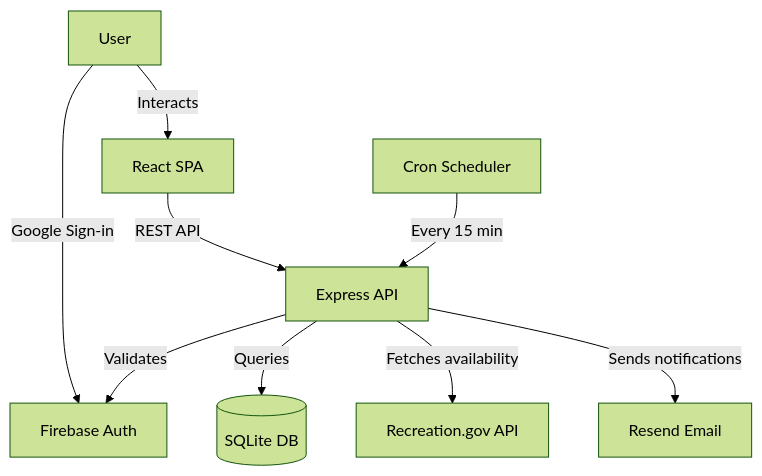
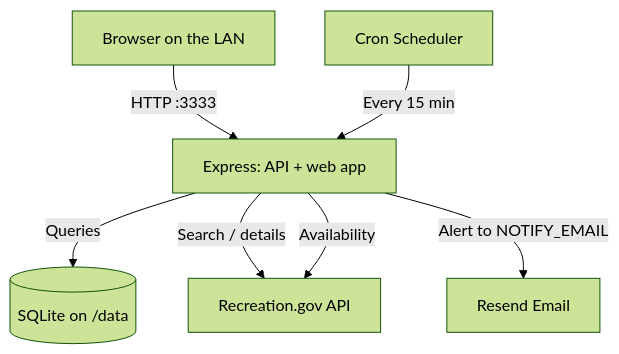
Before and after one commit to adamcnaglich/campsight: the first of 2 diagrams in README.md, drawn with Mermaid (forest theme). The commit also changed other lines of this file and 66 other files, not shown here.

First line of the commit message:
Remove Google auth and package as a single-container Portainer stack

````diff
--- a/README.md
+++ b/README.md
@@ -120,20 +118,16 @@
 ```mermaid
 flowchart TB
-    User[User]
-    Frontend[React SPA]
-    API[Express API]
-    Firebase[Firebase Auth]
-    SQLite[(SQLite DB)]
+    User[Browser on the LAN]
+    App[Express: API + web app]
+    SQLite[(SQLite on /data)]
     RecGov[Recreation.gov API]
     Resend[Resend Email]
     Scheduler[Cron Scheduler]
 
-    User -->|Google Sign-in| Firebase
-    User -->|Interacts| Frontend
-    Frontend -->|REST API| API
-    API -->|Validates| Firebase
-    API -->|Queries| SQLite
-    API -->|Fetches availability| RecGov
-    Scheduler -->|Every 15 min| API
-    API -->|Sends notifications| Resend
+    User -->|HTTP :3333| App
+    App -->|Queries| SQLite
+    App -->|Search / details| RecGov
+    Scheduler -->|Every 15 min| App
+    App -->|Availability| RecGov
+    App -->|Alert to NOTIFY_EMAIL| Resend
 ```
````
